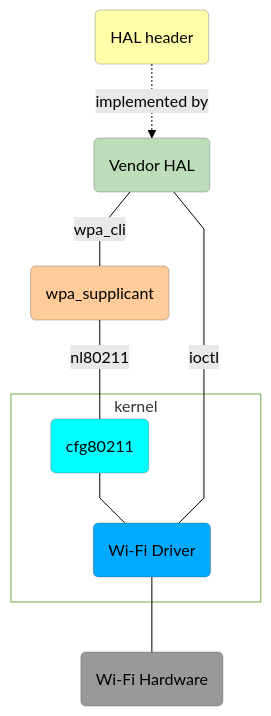
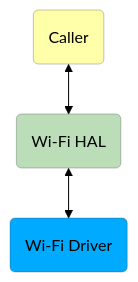
Before and after one commit to rdkcentral/rdkv-halif-wifi: the first of 2 diagrams in docs/pages/halSpec.md, drawn with Mermaid. The commit also changed other lines of this file, not shown here.

````diff
--- a/docs/pages/halSpec.md
+++ b/docs/pages/halSpec.md
@@ -24,19 +54,9 @@
 ```mermaid
 %%{ init : { "theme" : "forest", "flowchart" : { "curve" : "linear" }}}%%
 graph TD
-header(HAL header) -.->|implemented by| hal(Vendor HAL)
-hal ---|wpa_cli| wpa(wpa_supplicant)
-wpa ---|nl80211| cfg(cfg80211)
-subgraph kernel
-cfg --- drv(Wi-Fi Driver)
-end
-hal ---|ioctl| drv
-drv --- hw(Wi-Fi Hardware)
-style header fill:#ffa,stroke:#333,stroke-width:0.3px
+caller(Caller) <--> hal(Wi-Fi HAL)
+hal <--> drv(Wi-Fi Driver)
+style caller fill:#ffa,stroke:#333,stroke-width:0.3px
 style hal fill:#bbdeb8,stroke:#333,stroke-width:0.3px
-style wpa fill:#fc9,stroke:#333,stroke-width:0.3px
-style kernel fill:#fff
-style cfg fill:#0ff,stroke:#333,stroke-width:0.3px
 style drv fill:#0af,stroke:#333,stroke-width:0.3px
-style hw fill:#999,stroke:#333,stroke-width:0.3px
 ```
````
